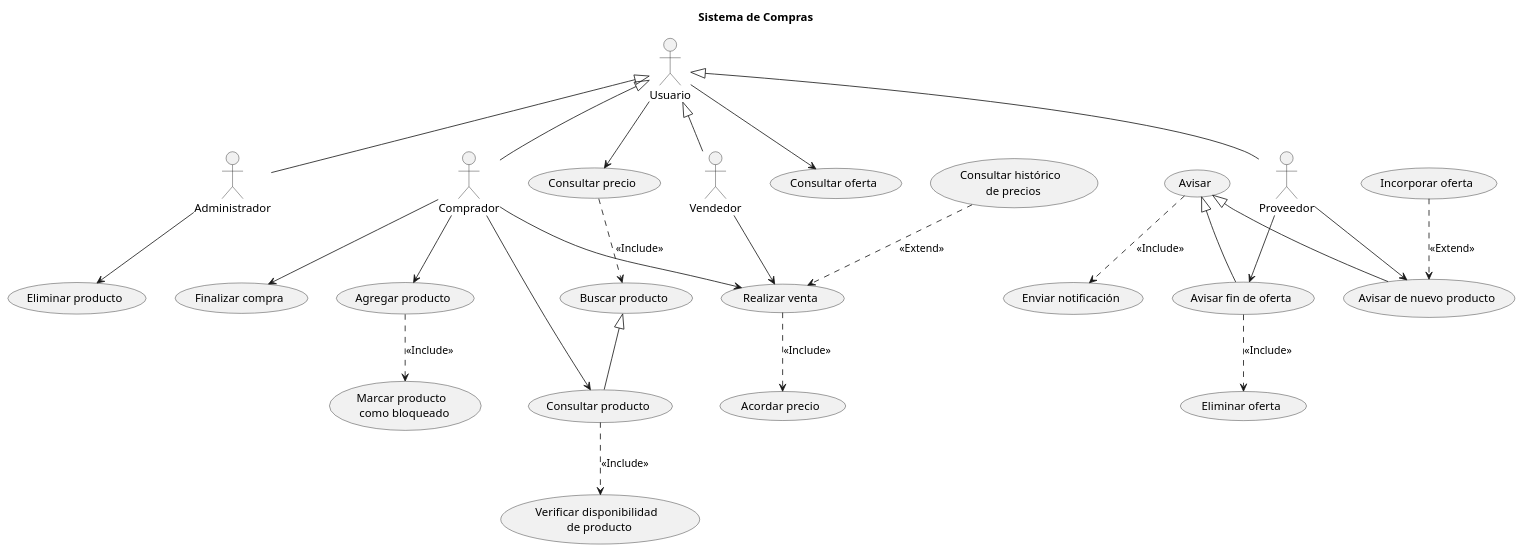
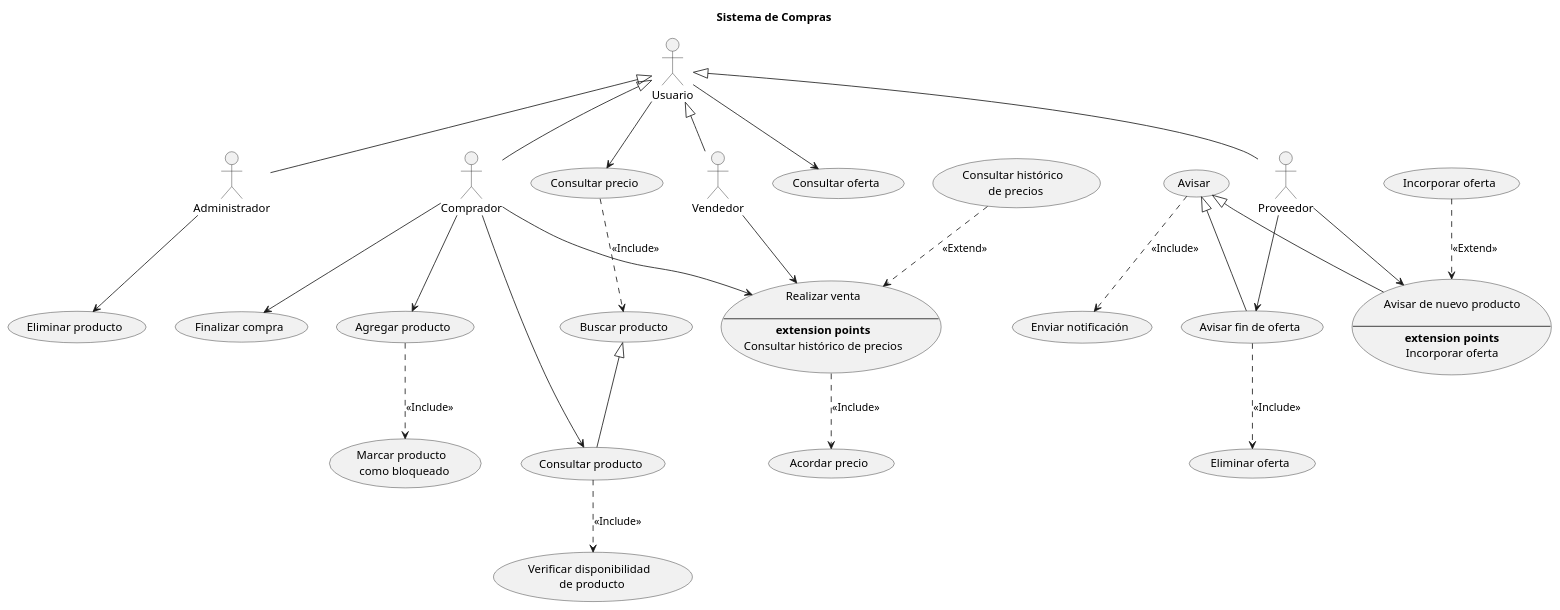
One commit to emg842/INRE-UAL-ROJO-2022 changed the diagram in LAB0/src/sistema_de_compras.puml. Above: the diagram before and after it, drawn with PlantUML. The commit also changed 12 other files, not shown here.

Commit message:
Correccion extension points lab0

```diff
--- a/LAB0/src/sistema_de_compras.puml
+++ b/LAB0/src/sistema_de_compras.puml
@@ -1,58 +1,66 @@
 @startuml sistema_de_compras
 title Sistema de Compras
 
 :Administrador: as A1
 :Comprador: as A2
 :Proveedor: as A3
 :Usuario: as A4
 :Vendedor: as A5
 
 (Acordar precio) as UC1
 (Agregar producto)  as UC2
 (Avisar)  as UC3
-(Avisar de nuevo producto) as UC4
+usecase UC4 as "Avisar de nuevo producto
+
+--
+**extension points**
+Incorporar oferta"
 (Avisar fin de oferta) as UC5
 (Buscar producto) as UC6
 (Consultar histórico \n de precios) as UC7
 (Consultar oferta) as UC8
 (Consultar precio) as UC9
 (Consultar producto) as UC10
 (Eliminar oferta) as UC11
 (Eliminar producto) as UC12
 (Enviar notificación) as UC13
 (Finalizar compra) as UC14
 (Incorporar oferta) as UC15
 (Marcar producto \n como bloqueado) as UC16
-(Realizar venta) as UC17
+usecase UC17 as "Realizar venta
+
+--
+**extension points**
+Consultar histórico de precios"
 (Verificar disponibilidad \n de producto) as UC18
 
 A1 --> UC12
 A2 --> UC2
 A2 --> UC10
 A2 --> UC14
 A2 --> UC17
 A3 --> UC4
 A3 --> UC5
 A4 --> UC8
 A4 --> UC9
 A5 --> UC17
 
 A4 <|-- A1
 A4 <|-- A2
 A4 <|-- A3
 A4 <|-- A5
 UC3 <|-- UC4
 UC3 <|-- UC5
 UC6 <|-- UC10
 
 UC7 ..> UC17 : <<Extend>>
 UC15 ..> UC4 : <<Extend>>
 
 UC2 ..> UC16 : <<Include>>
 UC3 ..> UC13 : <<Include>>
 UC5 ..> UC11 : <<Include>>
 UC9 ..> UC6 : <<Include>>
 UC10 ..> UC18 : <<Include>>
 UC17 ..> UC1 : <<Include>>
 
 @enduml
```
